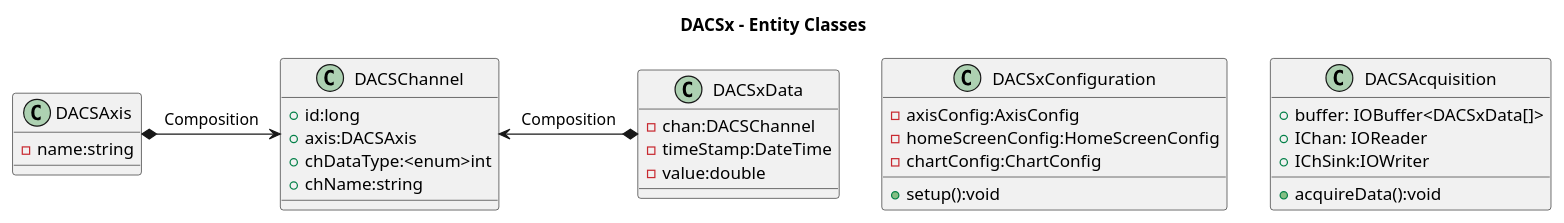
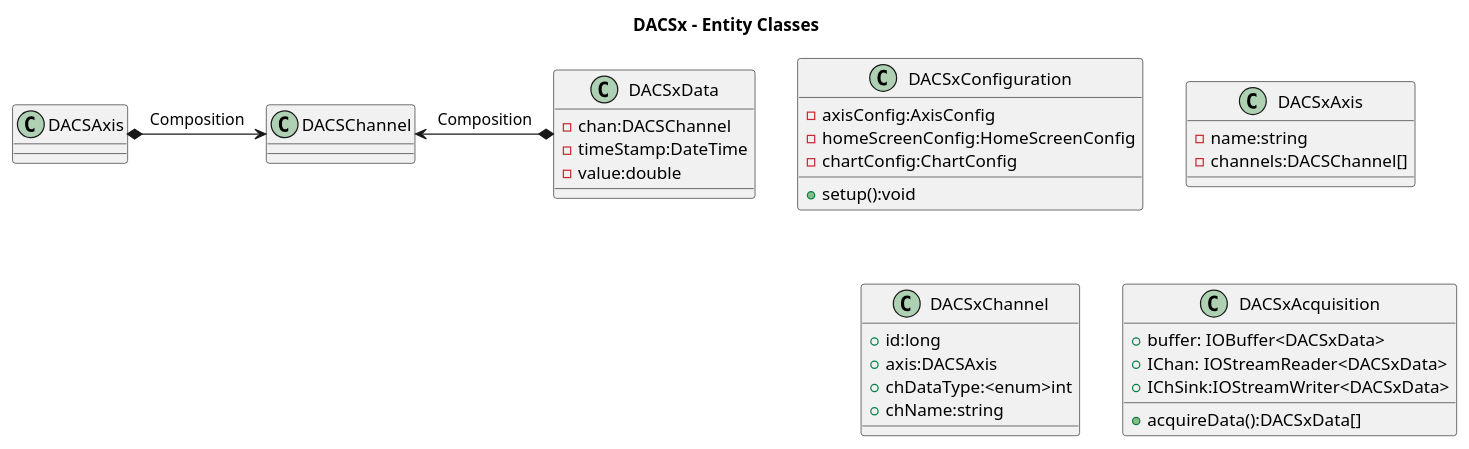
Before and after one commit to deeperj/rust: the diagram in schema/omnis/domain.plantuml, drawn with PlantUML. The commit also changed 3 other files, not shown here.

```diff
--- a/schema/omnis/domain.plantuml
+++ b/schema/omnis/domain.plantuml
@@ -1,39 +1,41 @@
 @startuml
 
 title DACSx - Entity Classes
 
 
 class DACSxConfiguration {
   -axisConfig:AxisConfig
   -homeScreenConfig:HomeScreenConfig
   -chartConfig:ChartConfig
   +setup():void
 }
-class DACSAxis
+
+class DACSxAxis
 {
   -name:string
+  -channels:DACSChannel[]
 }
 
-class DACSChannel{
+class DACSxChannel{
   +id:long
   +axis:DACSAxis
   +chDataType:<enum>int
   +chName:string
 }
 class DACSxData{
   -chan:DACSChannel
   -timeStamp:DateTime
   -value:double
 }
-class DACSAcquisition{
-  +buffer: IOBuffer<DACSxData[]>
-  +IChan: IOReader
-  +IChSink:IOWriter
-  +acquireData():void
+class DACSxAcquisition{
+  +buffer: IOBuffer<DACSxData>
+  +IChan: IOStreamReader<DACSxData>
+  +IChSink:IOStreamWriter<DACSxData>
+  +acquireData():DACSxData[]
 }
 
 
 DACSxData *-left-> DACSChannel: Composition
 DACSAxis *-right-> DACSChannel: Composition
 
 @enduml
```
